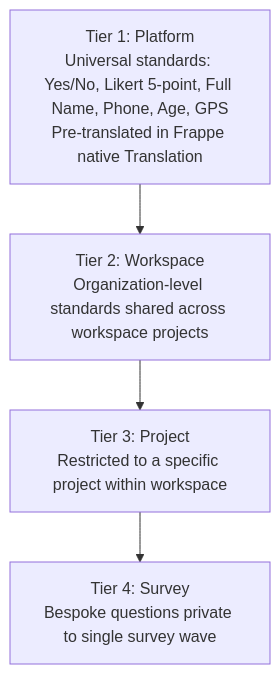
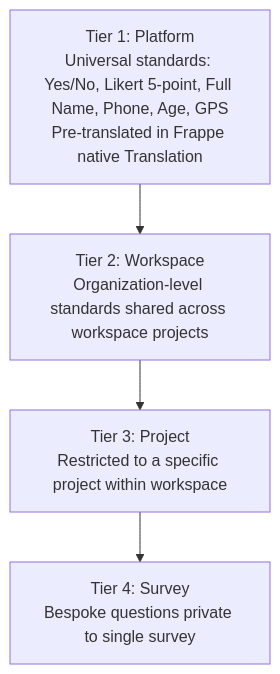
The second of 5 diagrams in ARCHITECTURE.md (OmmNoMi/omniquery), drawn with Mermaid before and after one commit. The commit also changed other lines of this file and 3 other files, not shown here.

````diff
--- a/ARCHITECTURE.md
+++ b/ARCHITECTURE.md
@@ -73,11 +73,11 @@
 ```mermaid
 flowchart TD
     Tier1["Tier 1: Platform<br/>Universal standards: Yes/No, Likert 5-point, Full Name, Phone, Age, GPS<br/>Pre-translated in Frappe native Translation"]
     Tier2["Tier 2: Workspace<br/>Organization-level standards shared across workspace projects"]
     Tier3["Tier 3: Project<br/>Restricted to a specific project within workspace"]
-    Tier4["Tier 4: Survey<br/>Bespoke questions private to single survey wave"]
+    Tier4["Tier 4: Survey<br/>Bespoke questions private to single survey"]
 
     Tier1 --> Tier2
     Tier2 --> Tier3
     Tier3 --> Tier4
 ```
````
